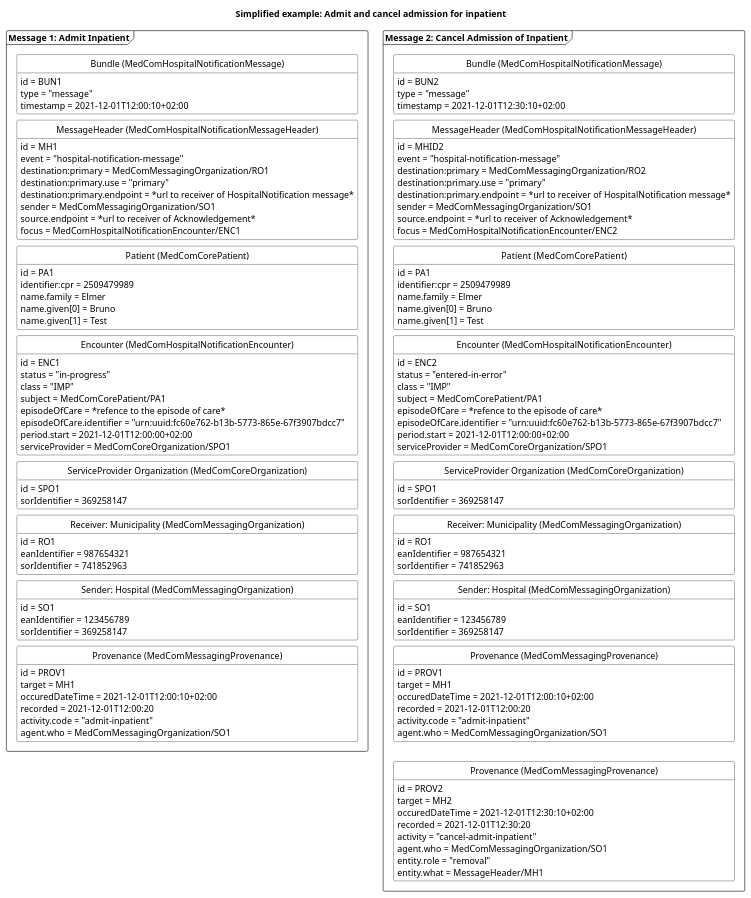
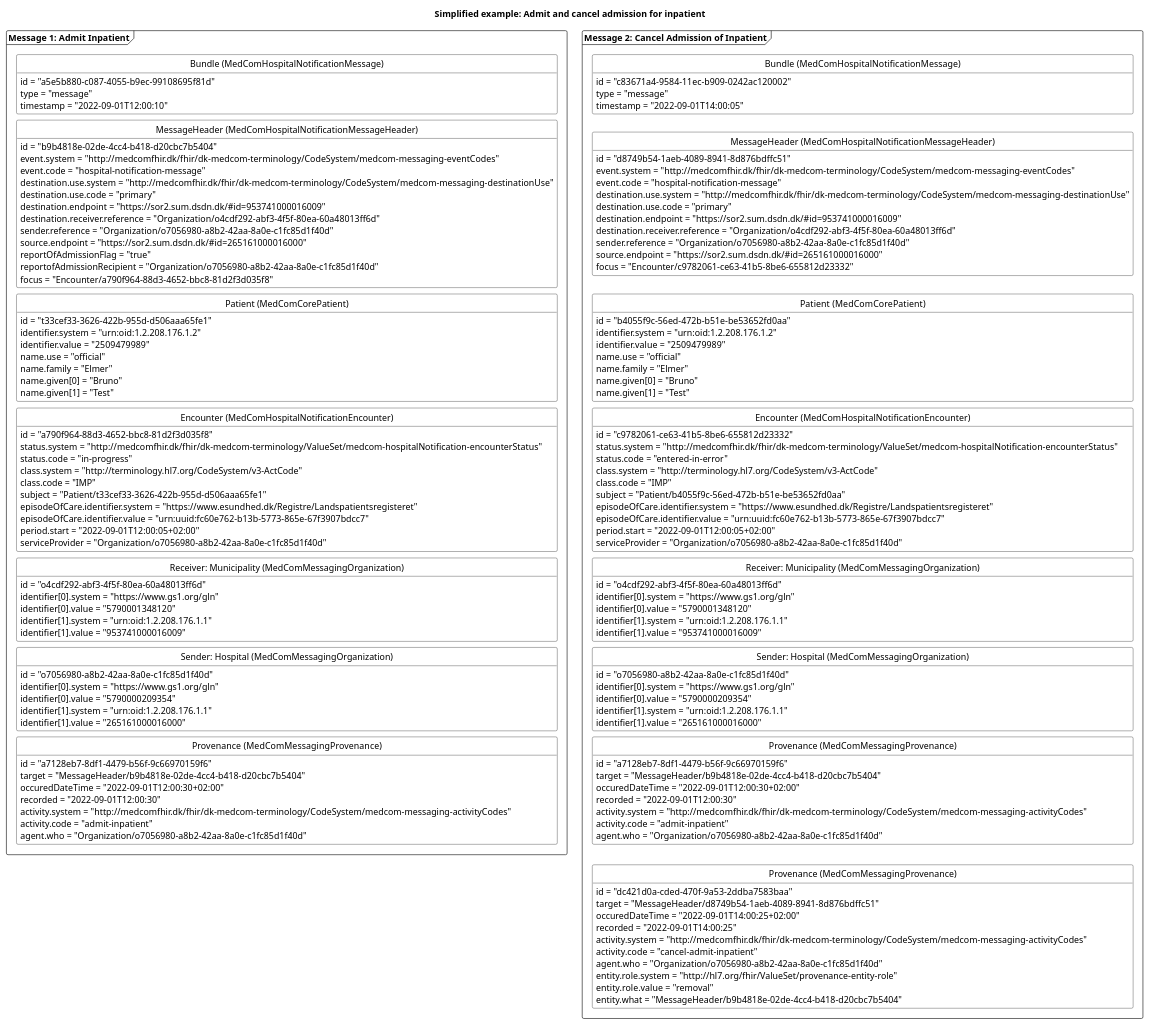
One commit to medcomdk/dk-medcom-hospitalnotification changed the diagram in puml/HospitalNotificationAdmitEnteredInError.puml. Above: the diagram before and after it, drawn with PlantUML. The commit also changed 22 other files, not shown here.

```diff
--- a/puml/HospitalNotificationAdmitEnteredInError.puml
+++ b/puml/HospitalNotificationAdmitEnteredInError.puml
@@ -1,165 +1,181 @@
 @startuml HNAdmitEnteredInError
 
 'layout
 skinparam class {
     BackgroundColor White
     BorderColor Black
     ArrowColor Black
   }
 hide circle
 hide empty members
 skinparam SameClassWidth true
 skinparam Ranksep 10
 
 
 'title
 title Simplified example: Admit and cancel admission for inpatient
 
 'Message 1: Admit inpatient
 package "Message 1: Admit Inpatient" as admit <<Frame>>{
     class "Bundle (MedComHospitalNotificationMessage)" as admitB{
-        id = BUN1
+        id = "a5e5b880-c087-4055-b9ec-99108695f81d"
         type = "message"
-        timestamp = 2021-12-01T12:00:10+02:00
+        timestamp = "2022-09-01T12:00:10"
     }
     class "MessageHeader (MedComHospitalNotificationMessageHeader)" as admitMH{
-        id = MH1
-        event = "hospital-notification-message"
-        destination:primary = MedComMessagingOrganization/RO1
-        destination:primary.use = "primary"
-        destination:primary.endpoint = *url to receiver of HospitalNotification message*
-        sender = MedComMessagingOrganization/SO1
-        source.endpoint = *url to receiver of Acknowledgement*
-        focus = MedComHospitalNotificationEncounter/ENC1
+        id = "b9b4818e-02de-4cc4-b418-d20cbc7b5404"
+        event.system = "http://medcomfhir.dk/fhir/dk-medcom-terminology/CodeSystem/medcom-messaging-eventCodes"
+        event.code = "hospital-notification-message"
+        destination.use.system = "http://medcomfhir.dk/fhir/dk-medcom-terminology/CodeSystem/medcom-messaging-destinationUse"
+        destination.use.code = "primary"
+        destination.endpoint = "https://sor2.sum.dsdn.dk/#id=953741000016009"
+        destination.receiver.reference = "Organization/o4cdf292-abf3-4f5f-80ea-60a48013ff6d"
+        sender.reference = "Organization/o7056980-a8b2-42aa-8a0e-c1fc85d1f40d"
+        source.endpoint = "https://sor2.sum.dsdn.dk/#id=265161000016000"
+        reportOfAdmissionFlag = "true"
+        reportofAdmissionRecipient = "Organization/o7056980-a8b2-42aa-8a0e-c1fc85d1f40d"
+        focus = "Encounter/a790f964-88d3-4652-bbc8-81d2f3d035f8"
     }
     class "Patient (MedComCorePatient)" as admitPT{
-        id = PA1
-        identifier:cpr = 2509479989
-        name.family = Elmer
-        name.given[0] = Bruno
-        name.given[1] = Test
+        id = "t33cef33-3626-422b-955d-d506aaa65fe1"
+        identifier.system = "urn:oid:1.2.208.176.1.2"
+        identifier.value = "2509479989"
+        name.use = "official"
+        name.family = "Elmer"
+        name.given[0] = "Bruno"
+        name.given[1] = "Test"
     }
     class "Encounter (MedComHospitalNotificationEncounter)" as admitENC{
-        id = ENC1
-        status = "in-progress"
-        class = "IMP"
-        subject = MedComCorePatient/PA1
-        episodeOfCare = *refence to the episode of care*
-        episodeOfCare.identifier = "urn:uuid:fc60e762-b13b-5773-865e-67f3907bdcc7"
-        period.start = 2021-12-01T12:00:00+02:00
-        serviceProvider = MedComCoreOrganization/SPO1
+        id = "a790f964-88d3-4652-bbc8-81d2f3d035f8"
+        status.system = "http://medcomfhir.dk/fhir/dk-medcom-terminology/ValueSet/medcom-hospitalNotification-encounterStatus"
+        status.code = "in-progress"
+        class.system = "http://terminology.hl7.org/CodeSystem/v3-ActCode"
+        class.code = "IMP"
+        subject = "Patient/t33cef33-3626-422b-955d-d506aaa65fe1"
+        episodeOfCare.identifier.system = "https://www.esundhed.dk/Registre/Landspatientsregisteret"
+        episodeOfCare.identifier.value = "urn:uuid:fc60e762-b13b-5773-865e-67f3907bdcc7"
+        period.start = "2022-09-01T12:00:05+02:00"
+        serviceProvider = "Organization/o7056980-a8b2-42aa-8a0e-c1fc85d1f40d"
     }    
-    class "ServiceProvider Organization (MedComCoreOrganization)" as admitSPOrg{
-        id = SPO1
-        sorIdentifier = 369258147
-    }
     class "Receiver: Municipality (MedComMessagingOrganization)" as admitROrg{
-        id = RO1
-        eanIdentifier = 987654321
-        sorIdentifier = 741852963
+        id = "o4cdf292-abf3-4f5f-80ea-60a48013ff6d"
+        identifier[0].system = "https://www.gs1.org/gln"
+        identifier[0].value = "5790001348120"
+        identifier[1].system = "urn:oid:1.2.208.176.1.1"
+        identifier[1].value = "953741000016009"
     }
     class "Sender: Hospital (MedComMessagingOrganization)" as admitSOrg{
-        id = SO1
-        eanIdentifier = 123456789
-        sorIdentifier = 369258147
+        id = "o7056980-a8b2-42aa-8a0e-c1fc85d1f40d"
+        identifier[0].system = "https://www.gs1.org/gln"
+        identifier[0].value = "5790000209354"
+        identifier[1].system = "urn:oid:1.2.208.176.1.1"
+        identifier[1].value = "265161000016000"
     }
     class "Provenance  (MedComMessagingProvenance)" as admitPRO{
-        id = PROV1
-        target = MH1
-        occuredDateTime = 2021-12-01T12:00:10+02:00
-        recorded = 2021-12-01T12:00:20
+        id = "a7128eb7-8df1-4479-b56f-9c66970159f6"
+        target = "MessageHeader/b9b4818e-02de-4cc4-b418-d20cbc7b5404"
+        occuredDateTime = "2022-09-01T12:00:30+02:00"
+        recorded = "2022-09-01T12:00:30"
+        activity.system = "http://medcomfhir.dk/fhir/dk-medcom-terminology/CodeSystem/medcom-messaging-activityCodes"
         activity.code = "admit-inpatient"
-        agent.who = MedComMessagingOrganization/SO1
+        agent.who = "Organization/o7056980-a8b2-42aa-8a0e-c1fc85d1f40d"
     }
 
 admitB -[hidden]- admitMH
 admitMH-[hidden]-admitPT
 admitPT-[hidden]-admitENC
-admitENC-[hidden]-admitSPOrg
-admitSPOrg-[hidden]-admitROrg
+admitENC-[hidden]-admitROrg
 admitROrg-[hidden]-admitSOrg
 admitSOrg-[hidden]-admitPRO
 }
 
 'Message 2: Entered in Error inpatient
 package "Message 2: Cancel Admission of Inpatient" as error <<Frame>> {
 class "Bundle  (MedComHospitalNotificationMessage)" as errorB{
-        id = BUN2
+        id = "c83671a4-9584-11ec-b909-0242ac120002"
         type = "message"
-        timestamp = 2021-12-01T12:30:10+02:00
+        timestamp = "2022-09-01T14:00:05"
     }
     class "MessageHeader  (MedComHospitalNotificationMessageHeader)" as errorMH{
-        id = MHID2
-        event = "hospital-notification-message"
-        destination:primary = MedComMessagingOrganization/RO2
-        destination:primary.use = "primary"
-        destination:primary.endpoint = *url to receiver of HospitalNotification message*
-        sender = MedComMessagingOrganization/SO1
-        source.endpoint = *url to receiver of Acknowledgement*
-        focus = MedComHospitalNotificationEncounter/ENC2
+        id = "d8749b54-1aeb-4089-8941-8d876bdffc51"
+        event.system = "http://medcomfhir.dk/fhir/dk-medcom-terminology/CodeSystem/medcom-messaging-eventCodes"
+        event.code = "hospital-notification-message"
+        destination.use.system = "http://medcomfhir.dk/fhir/dk-medcom-terminology/CodeSystem/medcom-messaging-destinationUse"
+        destination.use.code = "primary"
+        destination.endpoint = "https://sor2.sum.dsdn.dk/#id=953741000016009"
+        destination.receiver.reference = "Organization/o4cdf292-abf3-4f5f-80ea-60a48013ff6d"
+        sender.reference = "Organization/o7056980-a8b2-42aa-8a0e-c1fc85d1f40d"
+        source.endpoint = "https://sor2.sum.dsdn.dk/#id=265161000016000"
+        focus = "Encounter/c9782061-ce63-41b5-8be6-655812d23332"
     }
     class "Patient  (MedComCorePatient)" as errorPT{
-        id = PA1
-        identifier:cpr = 2509479989
-        name.family = Elmer
-        name.given[0] = Bruno
-        name.given[1] = Test
+        id = "b4055f9c-56ed-472b-b51e-be53652fd0aa"
+        identifier.system = "urn:oid:1.2.208.176.1.2"
+        identifier.value = "2509479989"
+        name.use = "official"
+        name.family = "Elmer"
+        name.given[0] = "Bruno"
+        name.given[1] = "Test"
     }
     class "Encounter  (MedComHospitalNotificationEncounter)" as errorENC{
-        id = ENC2
-        status = "entered-in-error"
-        class = "IMP"
-        subject = MedComCorePatient/PA1
-        episodeOfCare = *refence to the episode of care*
-        episodeOfCare.identifier = "urn:uuid:fc60e762-b13b-5773-865e-67f3907bdcc7"
-        period.start = 2021-12-01T12:00:00+02:00
-        serviceProvider = MedComCoreOrganization/SPO1
-    }
-    class "ServiceProvider Organization (MedComCoreOrganization)" as errorSPOrg{
-        id = SPO1 
-        sorIdentifier = 369258147
+        id = "c9782061-ce63-41b5-8be6-655812d23332"
+        status.system = "http://medcomfhir.dk/fhir/dk-medcom-terminology/ValueSet/medcom-hospitalNotification-encounterStatus"
+        status.code = "entered-in-error"
+        class.system = "http://terminology.hl7.org/CodeSystem/v3-ActCode"
+        class.code = "IMP"
+        subject = "Patient/b4055f9c-56ed-472b-b51e-be53652fd0aa"
+        episodeOfCare.identifier.system = "https://www.esundhed.dk/Registre/Landspatientsregisteret"
+        episodeOfCare.identifier.value = "urn:uuid:fc60e762-b13b-5773-865e-67f3907bdcc7"
+        period.start = "2022-09-01T12:00:05+02:00"
+        serviceProvider = "Organization/o7056980-a8b2-42aa-8a0e-c1fc85d1f40d"
     }    
     class "Receiver: Municipality (MedComMessagingOrganization)" as errorROrg{
-        id = RO1
-        eanIdentifier = 987654321
-        sorIdentifier = 741852963
+        id = "o4cdf292-abf3-4f5f-80ea-60a48013ff6d"
+        identifier[0].system = "https://www.gs1.org/gln"
+        identifier[0].value = "5790001348120"
+        identifier[1].system = "urn:oid:1.2.208.176.1.1"
+        identifier[1].value = "953741000016009"
     }
     class "Sender: Hospital (MedComMessagingOrganization)" as errorSOrg{
-        id = SO1
-        eanIdentifier = 123456789
-        sorIdentifier = 369258147
-    }    
+        id = "o7056980-a8b2-42aa-8a0e-c1fc85d1f40d"
+        identifier[0].system = "https://www.gs1.org/gln"
+        identifier[0].value = "5790000209354"
+        identifier[1].system = "urn:oid:1.2.208.176.1.1"
+        identifier[1].value = "265161000016000"
+    }
     class "Provenance (MedComMessagingProvenance)" as admiterrorPRO{
-        id = PROV1
-        target = MH1
-        occuredDateTime = 2021-12-01T12:00:10+02:00
-        recorded = 2021-12-01T12:00:20
+        id = "a7128eb7-8df1-4479-b56f-9c66970159f6"
+        target = "MessageHeader/b9b4818e-02de-4cc4-b418-d20cbc7b5404"
+        occuredDateTime = "2022-09-01T12:00:30+02:00"
+        recorded = "2022-09-01T12:00:30"
+        activity.system = "http://medcomfhir.dk/fhir/dk-medcom-terminology/CodeSystem/medcom-messaging-activityCodes"
         activity.code = "admit-inpatient"
-        agent.who = MedComMessagingOrganization/SO1
+        agent.who = "Organization/o7056980-a8b2-42aa-8a0e-c1fc85d1f40d"
     }
     class "Provenance (MedComMessagingProvenance)" as errorPRO{
-        id = PROV2        
-        target = MH2
-        occuredDateTime = 2021-12-01T12:30:10+02:00
-        recorded = 2021-12-01T12:30:20
-        activity = "cancel-admit-inpatient"
-        agent.who = MedComMessagingOrganization/SO1
-        entity.role = "removal"
-        entity.what = MessageHeader/MH1
+        id = "dc421d0a-cded-470f-9a53-2ddba7583baa"
+        target = "MessageHeader/d8749b54-1aeb-4089-8941-8d876bdffc51"
+        occuredDateTime = "2022-09-01T14:00:25+02:00"
+        recorded = "2022-09-01T14:00:25"
+        activity.system = "http://medcomfhir.dk/fhir/dk-medcom-terminology/CodeSystem/medcom-messaging-activityCodes"
+        activity.code = "cancel-admit-inpatient"
+        agent.who = "Organization/o7056980-a8b2-42aa-8a0e-c1fc85d1f40d"
+        entity.role.system = "http://hl7.org/fhir/ValueSet/provenance-entity-role"
+        entity.role.value = "removal"
+        entity.what = "MessageHeader/b9b4818e-02de-4cc4-b418-d20cbc7b5404"
     }
 errorB-[hidden]-errorMH
 errorMH-[hidden]-errorPT
 errorPT-[hidden]-errorENC
-errorENC-[hidden]-errorSPOrg
-errorSPOrg-[hidden]-errorROrg
+errorENC-[hidden]-errorROrg
 errorROrg-[hidden]-errorSOrg
 errorSOrg-[hidden]-admiterrorPRO
 admiterrorPRO-[hidden]-errorPRO
 
 }
 
 ' pile mellem de to beskeder
 ' admit --> error
 
 
 @enduml
```
